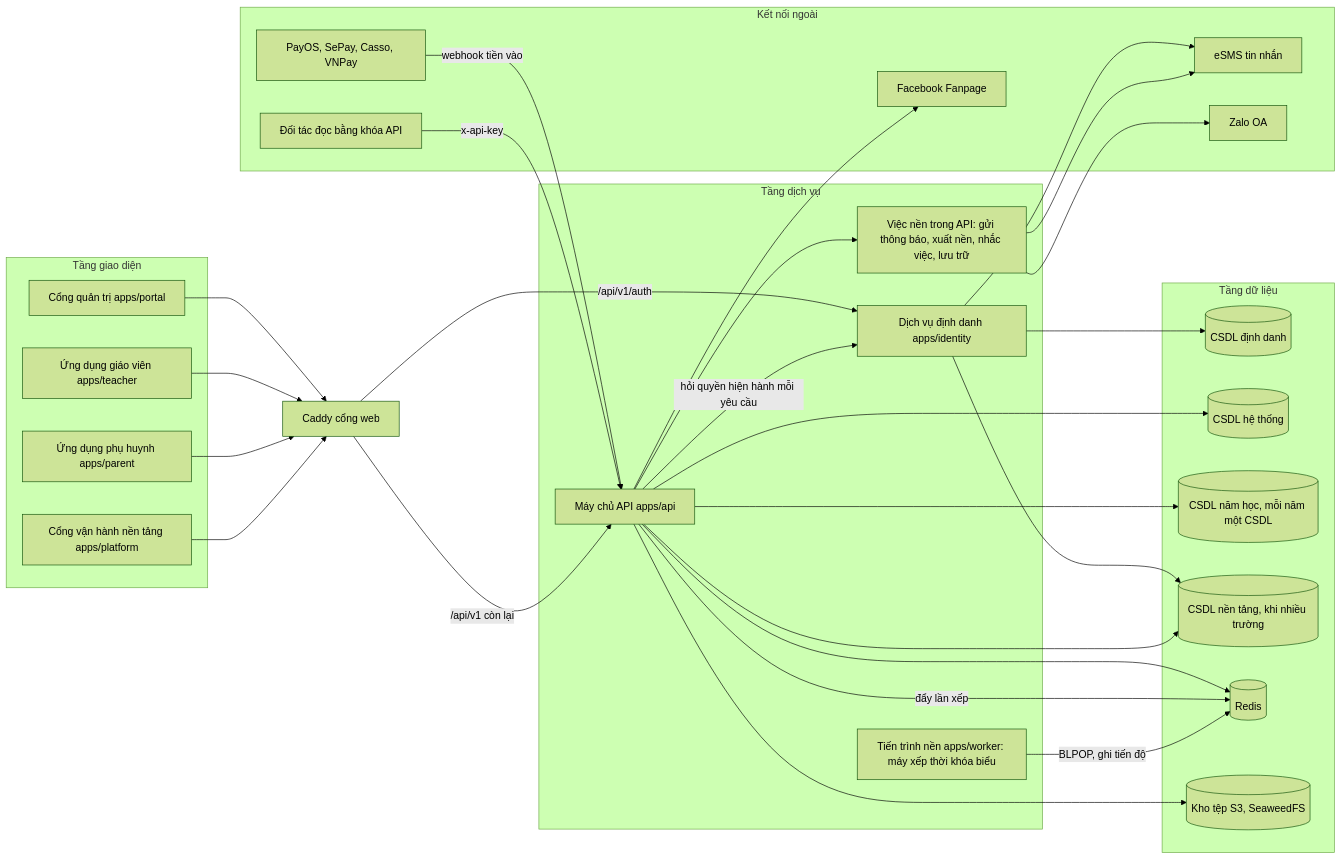
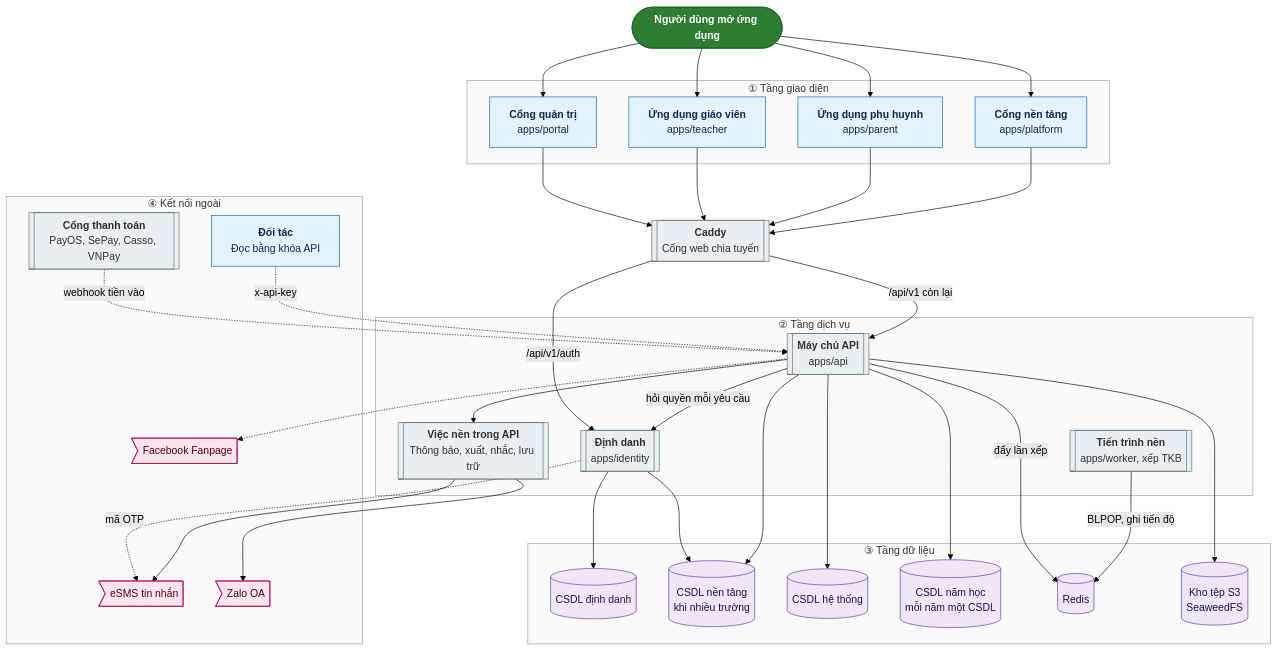
Before and after one commit to luckyshopvn/school_management: the first of 6 diagrams in tai_lieu/34_TONG_HOP_CHUC_NANG_HE_THONG/01_TONG_QUAN_VA_NEN_TANG.md, drawn with Mermaid (forest theme). The commit also changed other lines of this file and 8 other files, not shown here.

````diff
--- a/tai_lieu/34_TONG_HOP_CHUC_NANG_HE_THONG/01_TONG_QUAN_VA_NEN_TANG.md
+++ b/tai_lieu/34_TONG_HOP_CHUC_NANG_HE_THONG/01_TONG_QUAN_VA_NEN_TANG.md
@@ -145,54 +145,73 @@
 ```mermaid
-flowchart LR
-  subgraph GIAODIEN["Tầng giao diện"]
-    PORTAL["Cổng quản trị apps/portal"]
-    TEACHER["Ứng dụng giáo viên apps/teacher"]
-    PARENT["Ứng dụng phụ huynh apps/parent"]
-    PLATFORM["Cổng vận hành nền tảng apps/platform"]
+flowchart TD
+  classDef batdau fill:#2e7d32,stroke:#1b5e20,color:#ffffff,font-weight:bold
+  classDef ketthuc fill:#37474f,stroke:#263238,color:#ffffff,font-weight:bold
+  classDef nguoi fill:#e3f2fd,stroke:#1565c0,color:#0d2a4a
+  classDef heth fill:#eceff1,stroke:#546e7a,color:#263238
+  classDef duyet fill:#fff3e0,stroke:#ef6c00,color:#4e2600
+  classDef hoi fill:#fffde7,stroke:#f9a825,color:#3e2f00
+  classDef bao fill:#fce4ec,stroke:#ad1457,color:#4a0020
+  classDef chan fill:#ffebee,stroke:#c62828,color:#5f0000
+  classDef dulieu fill:#ede7f6,stroke:#5e35b1,color:#1f0f4d
+
+  S(["Người dùng mở ứng dụng"]):::batdau
+
+  subgraph P1["① Tầng giao diện"]
+    PORTAL["<b>Cổng quản trị</b><br/>apps/portal"]:::nguoi
+    TEACHER["<b>Ứng dụng giáo viên</b><br/>apps/teacher"]:::nguoi
+    PARENT["<b>Ứng dụng phụ huynh</b><br/>apps/parent"]:::nguoi
+    PLATFORM["<b>Cổng nền tảng</b><br/>apps/platform"]:::nguoi
   end
-  WEB["Caddy cổng web"]
-  subgraph DICHVU["Tầng dịch vụ"]
-    IDENTITY["Dịch vụ định danh apps/identity"]
-    API["Máy chủ API apps/api"]
-    JOBS["Việc nền trong API: gửi thông báo, xuất nền, nhắc việc, lưu trữ"]
-    WORKER["Tiến trình nền apps/worker: máy xếp thời khóa biểu"]
+
+  WEB[["<b>Caddy</b><br/>Cổng web chia tuyến"]]:::heth
+
+  subgraph P2["② Tầng dịch vụ"]
+    IDENTITY[["<b>Định danh</b><br/>apps/identity"]]:::heth
+    API[["<b>Máy chủ API</b><br/>apps/api"]]:::heth
+    JOBS[["<b>Việc nền trong API</b><br/>Thông báo, xuất, nhắc, lưu trữ"]]:::heth
+    WORKER[["<b>Tiến trình nền</b><br/>apps/worker, xếp TKB"]]:::heth
   end
-  subgraph DULIEU["Tầng dữ liệu"]
-    IDDB[("CSDL định danh")]
-    SYSDB[("CSDL hệ thống")]
-    YEARDB[("CSDL năm học, mỗi năm một CSDL")]
-    PLATDB[("CSDL nền tảng, khi nhiều trường")]
-    REDIS[("Redis")]
-    S3[("Kho tệp S3, SeaweedFS")]
+
+  subgraph P3["③ Tầng dữ liệu"]
+    IDDB[("CSDL định danh")]:::dulieu
+    PLATDB[("CSDL nền tảng<br/>khi nhiều trường")]:::dulieu
+    SYSDB[("CSDL hệ thống")]:::dulieu
+    YEARDB[("CSDL năm học<br/>mỗi năm một CSDL")]:::dulieu
+    REDIS[("Redis")]:::dulieu
+    S3[("Kho tệp S3<br/>SeaweedFS")]:::dulieu
   end
-  subgraph NGOAI["Kết nối ngoài"]
-    ESMS["eSMS tin nhắn"]
-    ZALO["Zalo OA"]
-    FB["Facebook Fanpage"]
-    PAY["PayOS, SePay, Casso, VNPay"]
-    PARTNER["Đối tác đọc bằng khóa API"]
+
+  subgraph P4["④ Kết nối ngoài"]
+    ESMS>"eSMS tin nhắn"]:::bao
+    ZALO>"Zalo OA"]:::bao
+    FB>"Facebook Fanpage"]:::bao
+    PAY[["<b>Cổng thanh toán</b><br/>PayOS, SePay, Casso, VNPay"]]:::heth
+    PARTNER["<b>Đối tác</b><br/>Đọc bằng khóa API"]:::nguoi
   end
-  PORTAL --> WEB
-  TEACHER --> WEB
-  PARENT --> WEB
-  PLATFORM --> WEB
+
+  S --> PORTAL & TEACHER & PARENT & PLATFORM
+  PORTAL & TEACHER & PARENT & PLATFORM --> WEB
   WEB -->|"/api/v1/auth"| IDENTITY
   WEB -->|"/api/v1 còn lại"| API
-  API -->|"hỏi quyền hiện hành mỗi yêu cầu"| IDENTITY
+  API -->|"hỏi quyền mỗi yêu cầu"| IDENTITY
   IDENTITY --> IDDB
   IDENTITY --> PLATDB
-  IDENTITY --> ESMS
+  API --> PLATDB
   API --> SYSDB
   API --> YEARDB
-  API --> PLATDB
-  API --> REDIS
+  API -->|"đẩy lần xếp"| REDIS
   API --> S3
   API --> JOBS
+  WORKER -->|"BLPOP, ghi tiến độ"| REDIS
+  IDENTITY -.->|"mã OTP"| ESMS
   JOBS --> ESMS
   JOBS --> ZALO
-  API --> FB
-  PAY -->|"webhook tiền vào"| API
-  PARTNER -->|"x-api-key"| API
-  API -->|"đẩy lần xếp"| REDIS
-  WORKER -->|"BLPOP, ghi tiến độ"| REDIS
+  API -.-> FB
+  PAY -.->|"webhook tiền vào"| API
+  PARTNER -.->|"x-api-key"| API
+
+  style P1 fill:#fafafa,stroke:#90a4ae
+  style P2 fill:#fafafa,stroke:#90a4ae
+  style P3 fill:#fafafa,stroke:#90a4ae
+  style P4 fill:#fafafa,stroke:#90a4ae
 ```
````
